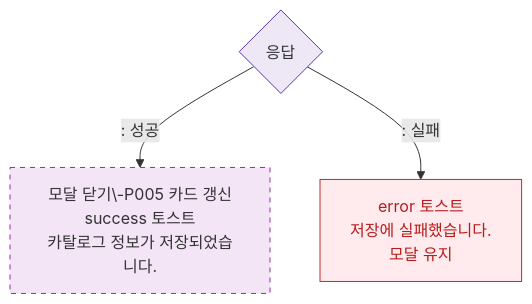
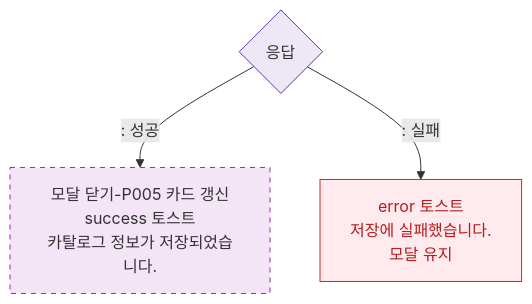
The diagram in docs/admin/다이어그램/D05_상품관리/DLG/DLG-P011_카탈로그편집/M3_결과분기.md (dev-spogym/admin-pando), drawn with Mermaid before and after one commit. The commit also changed 369 other files, not shown here.

````diff
--- a/docs/admin/다이어그램/D05_상품관리/DLG/DLG-P011_카탈로그편집/M3_결과분기.md
+++ b/docs/admin/다이어그램/D05_상품관리/DLG/DLG-P011_카탈로그편집/M3_결과분기.md
@@ -14,12 +14,12 @@
 ```mermaid
 flowchart TD
-    UpdateAPI{응답} -->|": 성공"|SuccessResult[모달 닫기\-P005 카드 갱신\nsuccess 토스트\n카탈로그 정보가 저장되었습니다.]
+    UpdateAPI{응답} -->|": 성공"|SuccessResult[모달 닫기-P005 카드 갱신\nsuccess 토스트\n카탈로그 정보가 저장되었습니다.]
     UpdateAPI -->|": 실패"|ErrResult[error 토스트\n저장에 실패했습니다.\n모달 유지]
 
     classDef newFeature fill:#F3E5F5,stroke:#9C27B0,stroke-dasharray:5 5
     classDef error fill:#FFEBEE,stroke:#C62828,color:#B71C1C
     classDef system fill:#EDE7F6,stroke:#5E35B2
     class SuccessResult newFeature
     class ErrResult error
     class UpdateAPI system
 ```
````
